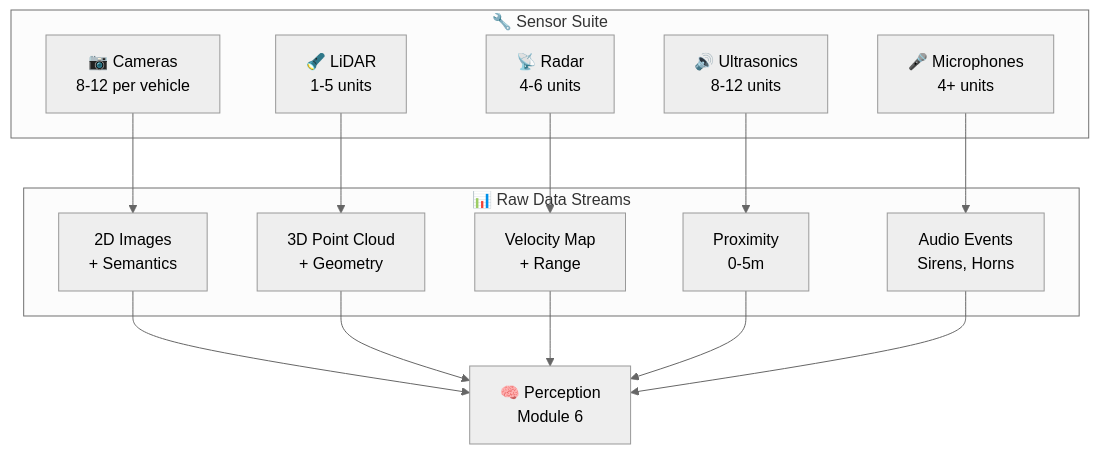
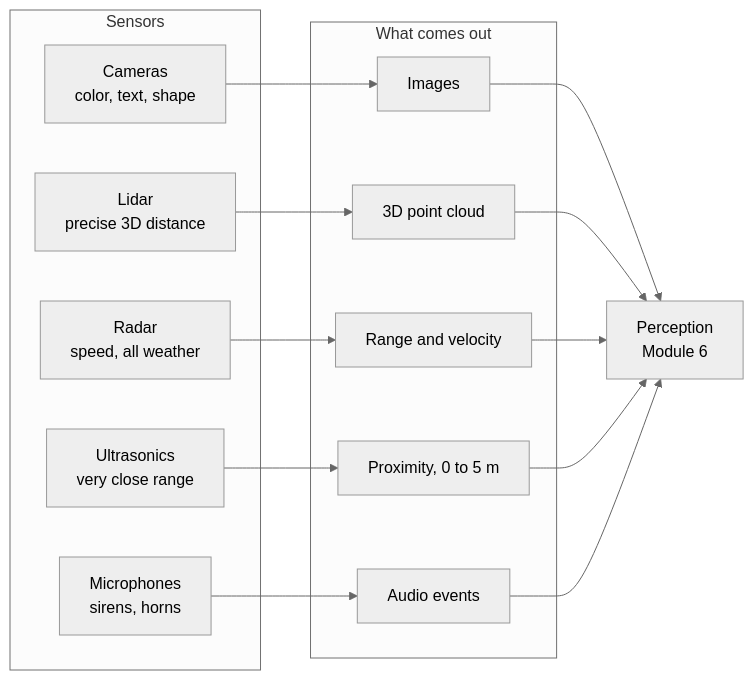
The first of 2 diagrams in src/data/blog/robotics/autonomous-stack-module-2-sensors.md (gopikrishtummala/gopikrishtummala.github.io), drawn with Mermaid (neutral theme) before and after one commit. The commit also changed other lines of this file and 8 other files, not shown here.

````diff
--- a/src/data/blog/robotics/autonomous-stack-module-2-sensors.md
+++ b/src/data/blog/robotics/autonomous-stack-module-2-sensors.md
@@ -62,30 +38,27 @@
 ```mermaid
-graph TB
-    subgraph Sensors["🔧 Sensor Suite"]
-        CAM[📷 Cameras<br/>8-12 per vehicle]
-        LID[🔦 LiDAR<br/>1-5 units]
-        RAD[📡 Radar<br/>4-6 units]
-        USS[🔊 Ultrasonics<br/>8-12 units]
-        MIC[🎤 Microphones<br/>4+ units]
-    end
-
-    subgraph Output["📊 Raw Data Streams"]
-        IMG[2D Images<br/>+ Semantics]
-        PC[3D Point Cloud<br/>+ Geometry]
-        VEL[Velocity Map<br/>+ Range]
-        PROX[Proximity<br/>0-5m]
-        AUDIO[Audio Events<br/>Sirens, Horns]
-    end
-
-    CAM --> IMG
-    LID --> PC
-    RAD --> VEL
-    USS --> PROX
-    MIC --> AUDIO
-
-    IMG --> FUSION[🧠 Perception<br/>Module 6]
-    PC --> FUSION
-    VEL --> FUSION
-    PROX --> FUSION
-    AUDIO --> FUSION
+flowchart LR
+  subgraph Sens["Sensors"]
+    CAM["Cameras<br/>color, text, shape"]
+    LID["Lidar<br/>precise 3D distance"]
+    RAD["Radar<br/>speed, all weather"]
+    USS["Ultrasonics<br/>very close range"]
+    MIC["Microphones<br/>sirens, horns"]
+  end
+  subgraph Data["What comes out"]
+    IMG["Images"]
+    PC["3D point cloud"]
+    VEL["Range and velocity"]
+    PROX["Proximity, 0 to 5 m"]
+    AUD["Audio events"]
+  end
+  CAM --> IMG
+  LID --> PC
+  RAD --> VEL
+  USS --> PROX
+  MIC --> AUD
+  IMG --> F["Perception<br/>Module 6"]
+  PC --> F
+  VEL --> F
+  PROX --> F
+  AUD --> F
 ```
````
